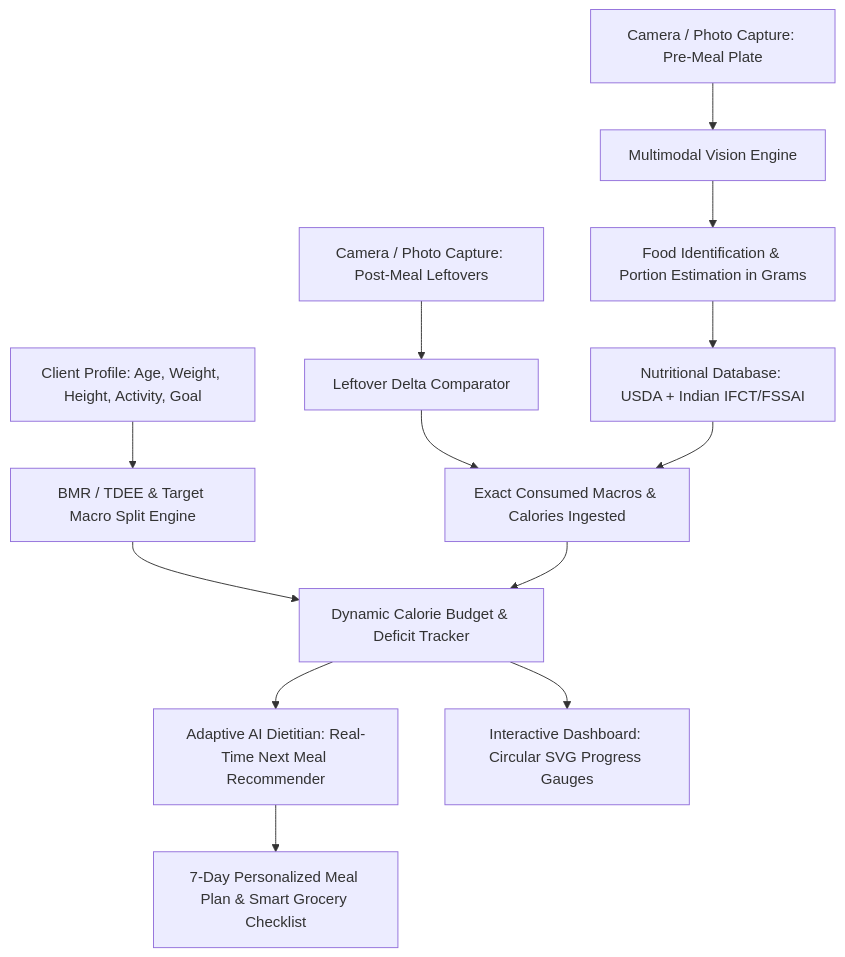
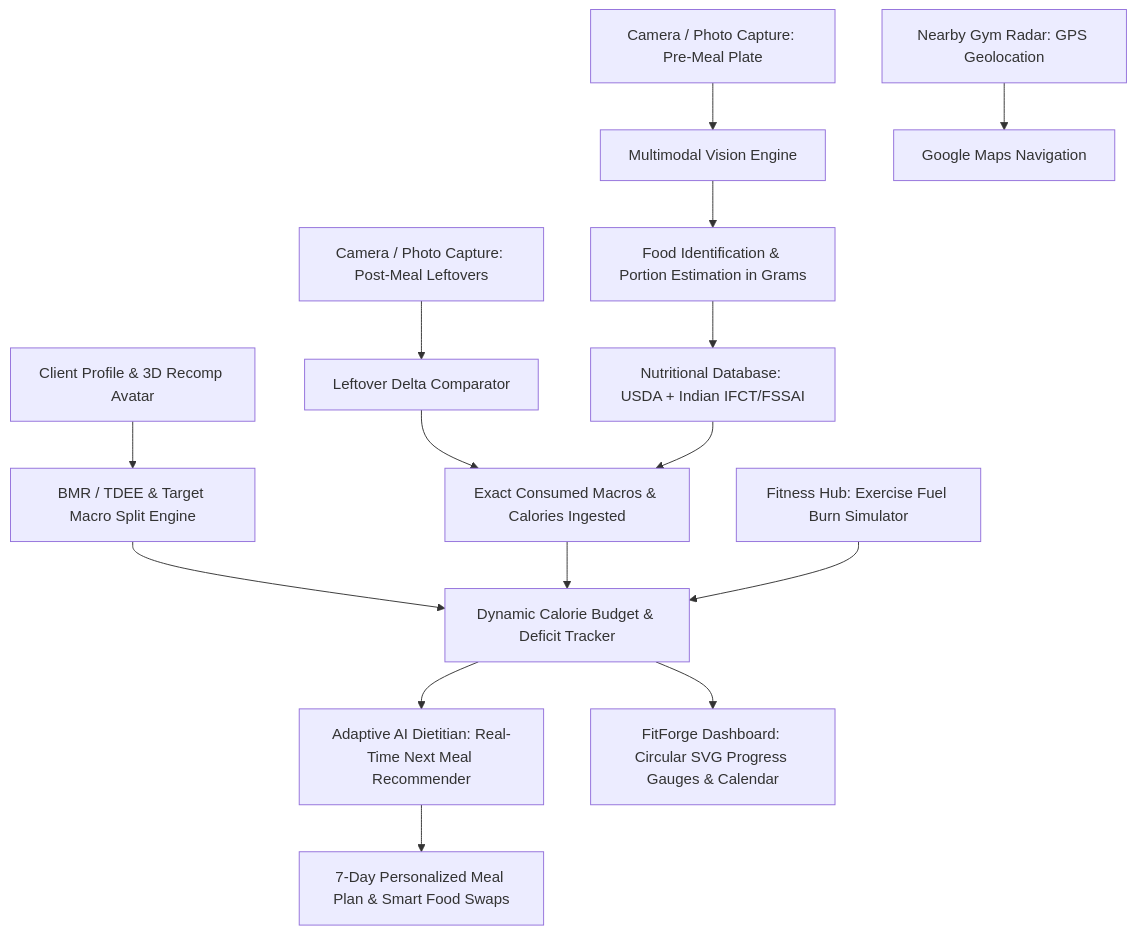
Before and after one commit to Subhadip24/Sih2026: the diagram in README.md, drawn with Mermaid. The commit also changed other lines of this file and 17 other files, not shown here.

Commit message:
feat: Redesign UI with FitForge/PowerBlast aesthetics, 3D morphing avatar, fitness fuel burn hub, nearby gym radar, and manual food intake with weight & macro ratio logger

````diff
--- a/README.md
+++ b/README.md
@@ -20,15 +23,17 @@
 ```mermaid
 graph TD
     A[Camera / Photo Capture: Pre-Meal Plate] --> B[Multimodal Vision Engine]
     A2[Camera / Photo Capture: Post-Meal Leftovers] --> C[Leftover Delta Comparator]
     B --> D[Food Identification & Portion Estimation in Grams]
     D --> E[Nutritional Database: USDA + Indian IFCT/FSSAI]
     C --> F[Exact Consumed Macros & Calories Ingested]
     E --> F
-    G[Client Profile: Age, Weight, Height, Activity, Goal] --> H[BMR / TDEE & Target Macro Split Engine]
+    G[Client Profile & 3D Recomp Avatar] --> H[BMR / TDEE & Target Macro Split Engine]
     H --> I[Dynamic Calorie Budget & Deficit Tracker]
     F --> I
     I --> J[Adaptive AI Dietitian: Real-Time Next Meal Recommender]
-    I --> K[Interactive Dashboard: Circular SVG Progress Gauges]
-    J --> L[7-Day Personalized Meal Plan & Smart Grocery Checklist]
+    I --> K[FitForge Dashboard: Circular SVG Progress Gauges & Calendar]
+    J --> L[7-Day Personalized Meal Plan & Smart Food Swaps]
+    M[Fitness Hub: Exercise Fuel Burn Simulator] --> I
+    N[Nearby Gym Radar: GPS Geolocation] --> O[Google Maps Navigation]
 ```
````
